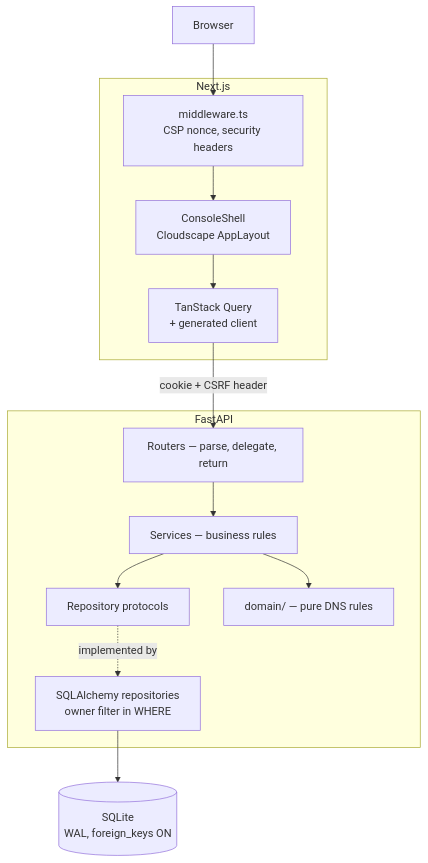
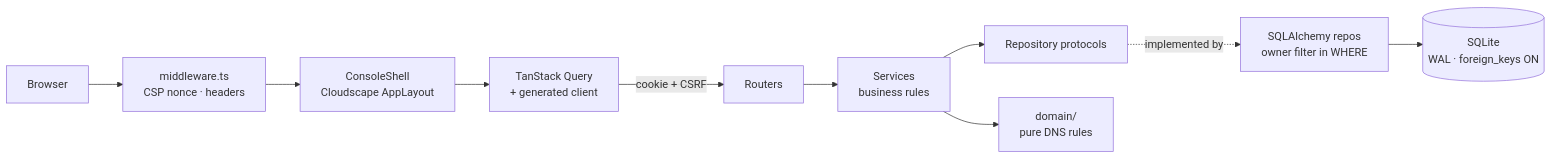
Before and after one commit to Chinmay-903/Route_53_Clone_Service: the first of 2 diagrams in README.md, drawn with Mermaid. The commit also changed other lines of this file and 17 other files, not shown here.

````diff
--- a/README.md
+++ b/README.md
@@ -49,26 +66,12 @@
 ```mermaid
-flowchart TB
-    Browser["Browser"]
-
-    subgraph Frontend["Next.js"]
-        MW["middleware.ts<br/>CSP nonce, security headers"]
-        Shell["ConsoleShell<br/>Cloudscape AppLayout"]
-        Query["TanStack Query<br/>+ generated client"]
-    end
-
-    subgraph Backend["FastAPI"]
-        Routers["Routers — parse, delegate, return"]
-        Services["Services — business rules"]
-        Protocols["Repository protocols"]
-        Repos["SQLAlchemy repositories<br/>owner filter in WHERE"]
-        Domain["domain/ — pure DNS rules"]
-    end
-
-    DB[("SQLite<br/>WAL, foreign_keys ON")]
-
-    Browser --> MW --> Shell --> Query
-    Query -- "cookie + CSRF header" --> Routers
-    Routers --> Services --> Protocols
-    Protocols -.implemented by.-> Repos --> DB
-    Services --> Domain
+flowchart LR
+    B["Browser"] --> MW["middleware.ts<br/>CSP nonce · headers"]
+    MW --> S["ConsoleShell<br/>Cloudscape AppLayout"]
+    S --> Q["TanStack Query<br/>+ generated client"]
+    Q -->|cookie + CSRF| R["Routers"]
+    R --> SV["Services<br/>business rules"]
+    SV --> P["Repository protocols"]
+    P -.implemented by.-> RE["SQLAlchemy repos<br/>owner filter in WHERE"]
+    SV --> D["domain/<br/>pure DNS rules"]
+    RE --> DB[("SQLite<br/>WAL · foreign_keys ON")]
 ```
````
